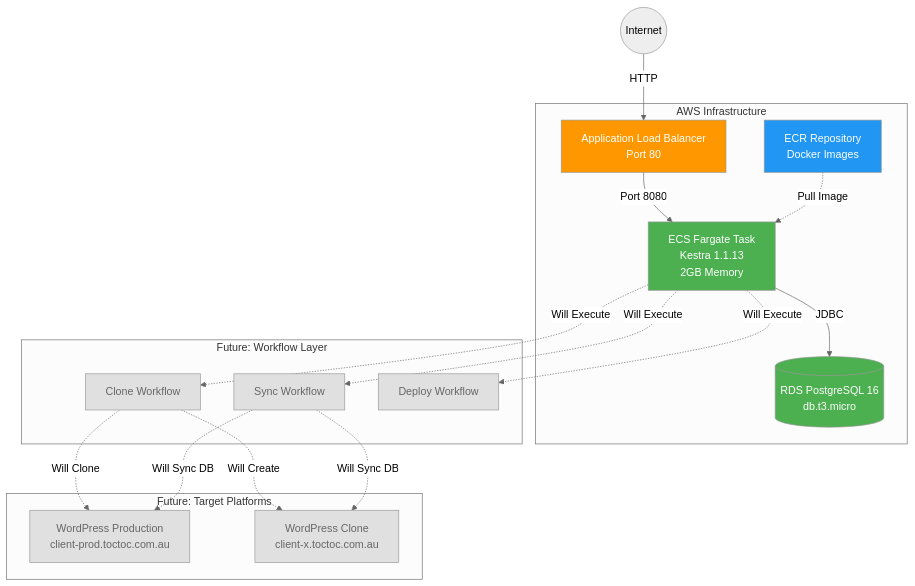
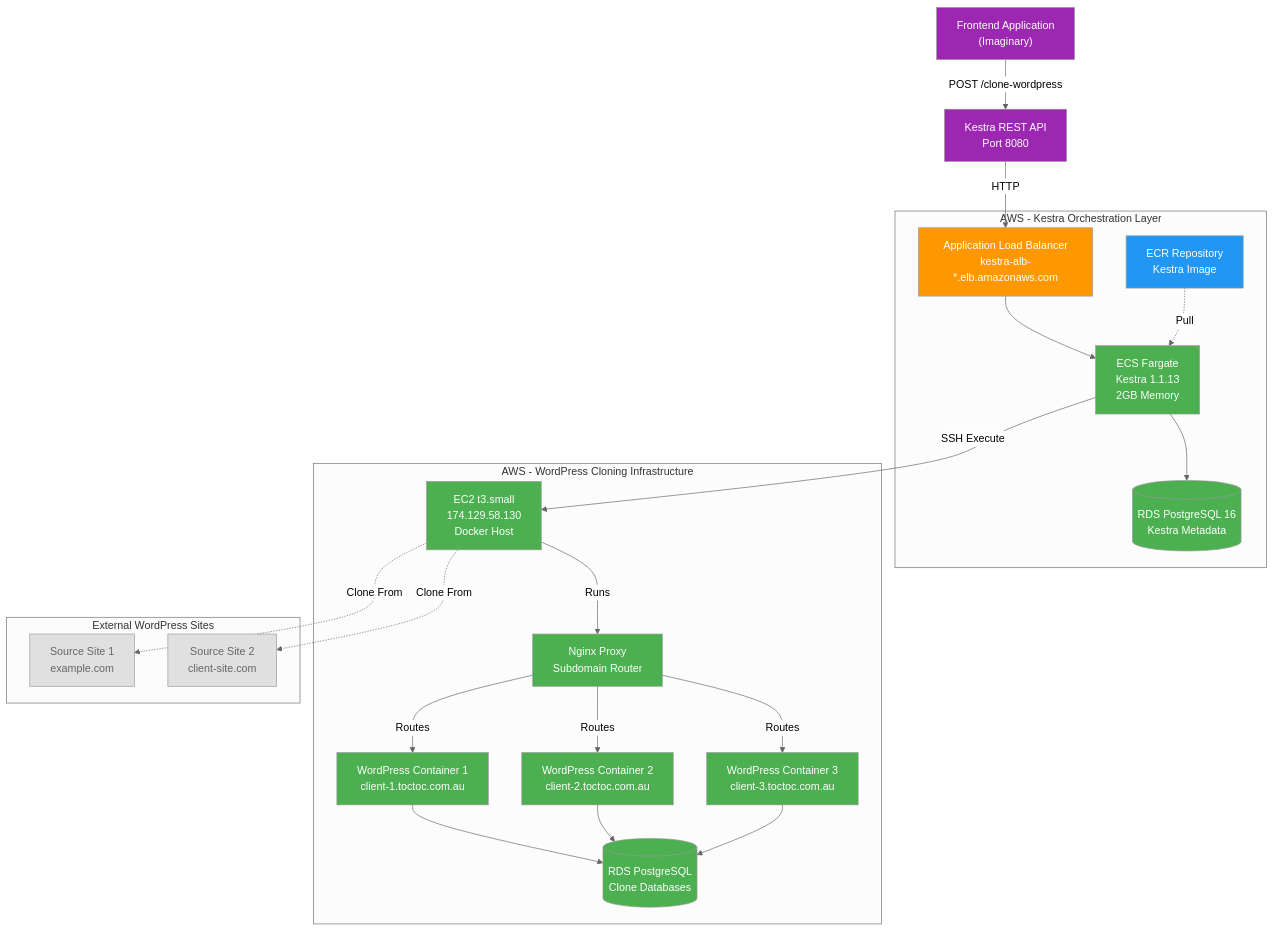
One commit to bonnelAI/Webdevai-infrastructure changed the second of 2 diagrams in README.md. Above: the diagram before and after it, drawn with Mermaid (neutral theme). The commit also changed other lines of this file and 1 other file, not shown here.

````diff
--- a/README.md
+++ b/README.md
@@ -94,44 +139,58 @@
 ```mermaid
 graph TB
-    subgraph "AWS Infrastructure"
-        ALB[Application Load Balancer<br/>Port 80]
-        ECS[ECS Fargate Task<br/>Kestra 1.1.13<br/>2GB Memory]
-        RDS[(RDS PostgreSQL 16<br/>db.t3.micro)]
-        ECR[ECR Repository<br/>Docker Images]
+    Frontend["Frontend Application<br/>(Imaginary)"] -->|POST /clone-wordpress| KAPI["Kestra REST API<br/>Port 8080"]
+    
+    subgraph "AWS - Kestra Orchestration Layer"
+        ALB["Application Load Balancer<br/>kestra-alb-*.elb.amazonaws.com"]
+        ECS["ECS Fargate<br/>Kestra 1.1.13<br/>2GB Memory"]
+        KRDS[("RDS PostgreSQL 16<br/>Kestra Metadata")]
+        ECR["ECR Repository<br/>Kestra Image"]
     end
     
-    subgraph "Future: Workflow Layer"
-        K1[Clone Workflow]
-        K2[Sync Workflow]
-        K3[Deploy Workflow]
+    subgraph "AWS - WordPress Cloning Infrastructure"
+        EC2["EC2 t3.small<br/>174.129.58.130<br/>Docker Host"]
+        NGINX["Nginx Proxy<br/>Subdomain Router"]
+        WP1["WordPress Container 1<br/>client-1.toctoc.com.au"]
+        WP2["WordPress Container 2<br/>client-2.toctoc.com.au"]
+        WP3["WordPress Container 3<br/>client-3.toctoc.com.au"]
+        WRDS[("RDS PostgreSQL<br/>Clone Databases")]
     end
     
-    subgraph "Future: Target Platforms"
-        W1[WordPress Production<br/>client-prod.toctoc.com.au]
-        W2[WordPress Clone<br/>client-x.toctoc.com.au]
+    subgraph "External WordPress Sites"
+        SRC1["Source Site 1<br/>example.com"]
+        SRC2["Source Site 2<br/>client-site.com"]
     end
     
-    Internet((Internet)) -->|HTTP| ALB
-    ALB -->|Port 8080| ECS
-    ECS -->|JDBC| RDS
-    ECR -.->|Pull Image| ECS
+    KAPI -->|HTTP| ALB
+    ALB --> ECS
+    ECS --> KRDS
+    ECR -.->|Pull| ECS
     
-    ECS -.->|Will Execute| K1
-    ECS -.->|Will Execute| K2
-    ECS -.->|Will Execute| K3
+    ECS -->|SSH Execute| EC2
+    EC2 -->|Runs| NGINX
+    NGINX -->|Routes| WP1
+    NGINX -->|Routes| WP2
+    NGINX -->|Routes| WP3
     
-    K1 -.->|Will Clone| W1
-    K1 -.->|Will Create| W2
-    K2 -.->|Will Sync DB| W1
-    K2 -.->|Will Sync DB| W2
+    WP1 --> WRDS
+    WP2 --> WRDS
+    WP3 --> WRDS
     
+    EC2 -.->|Clone From| SRC1
+    EC2 -.->|Clone From| SRC2
+    
+    style Frontend fill:#9C27B0,color:#fff
+    style KAPI fill:#9C27B0,color:#fff
     style ALB fill:#FF9800,color:#fff
     style ECS fill:#4CAF50,color:#fff
-    style RDS fill:#4CAF50,color:#fff
+    style KRDS fill:#4CAF50,color:#fff
     style ECR fill:#2196F3,color:#fff
-    style K1 fill:#E0E0E0,color:#666
-    style K2 fill:#E0E0E0,color:#666
-    style K3 fill:#E0E0E0,color:#666
-    style W1 fill:#E0E0E0,color:#666
-    style W2 fill:#E0E0E0,color:#666
+    style EC2 fill:#4CAF50,color:#fff
+    style NGINX fill:#4CAF50,color:#fff
+    style WP1 fill:#4CAF50,color:#fff
+    style WP2 fill:#4CAF50,color:#fff
+    style WP3 fill:#4CAF50,color:#fff
+    style WRDS fill:#4CAF50,color:#fff
+    style SRC1 fill:#E0E0E0,color:#666
+    style SRC2 fill:#E0E0E0,color:#666
 ```
````
